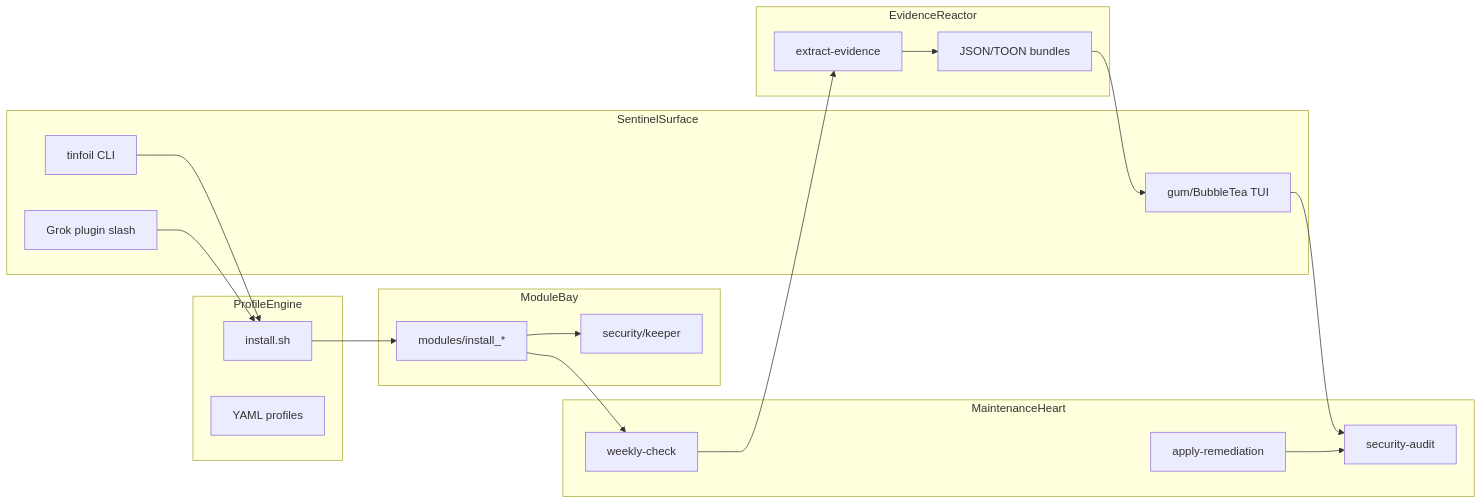
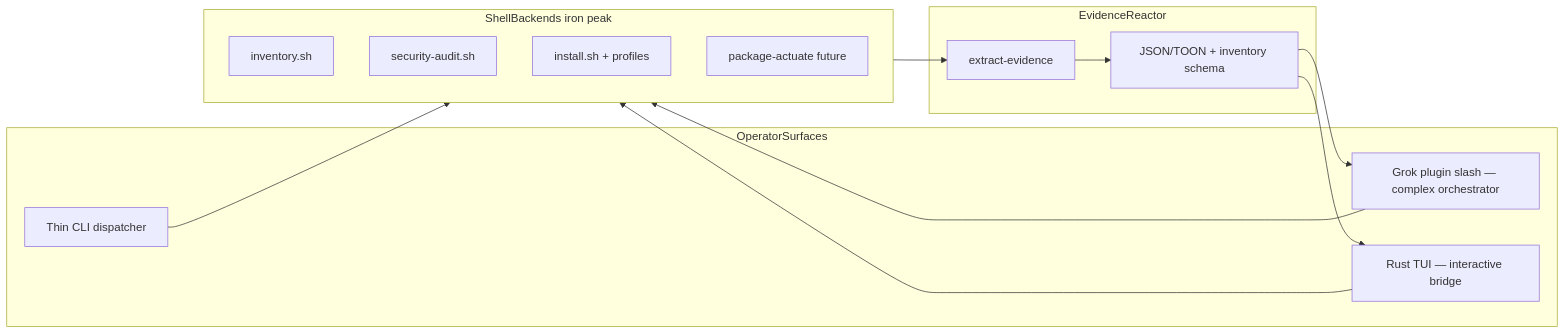
The first of 7 diagrams in arch-design/coming-next.md (p10ns11y/arch-machine), drawn with Mermaid before and after one commit. The commit also changed other lines of this file and 14 other files, not shown here.

First line of the commit message:
feat(tui): Ratatui control plane + inventory backend

````diff
--- a/arch-design/coming-next.md
+++ b/arch-design/coming-next.md
@@ -12,35 +12,25 @@
 ```mermaid
 flowchart LR
-  subgraph sentinel [SentinelSurface]
-    CLI[tinfoil CLI]
-    TUI[gum/BubbleTea TUI]
-    Grok[Grok plugin slash]
+  subgraph surfaces [OperatorSurfaces]
+    Grok[Grok plugin slash — complex orchestrator]
+    RustTUI[Rust TUI — interactive bridge]
+    ThinCLI[Thin CLI dispatcher]
   end
-  subgraph engine [ProfileEngine]
-    Install[install.sh]
-    Profiles[YAML profiles]
-  end
-  subgraph bays [ModuleBay]
-    Mods[modules/install_*]
-    Keeper[security/keeper]
-  end
-  subgraph heart [MaintenanceHeart]
-    Audit[security-audit]
-    Weekly[weekly-check]
-    Remediate[apply-remediation]
+  subgraph backends [ShellBackends iron peak]
+    Inv[inventory.sh]
+    Audit[security-audit.sh]
+    Install[install.sh + profiles]
+    Actuate[package-actuate future]
   end
   subgraph loop [EvidenceReactor]
     Extract[extract-evidence]
-    Bundles[JSON/TOON bundles]
+    Bundles[JSON/TOON + inventory schema]
   end
-  CLI --> Install
-  Grok --> Install
-  TUI --> Audit
-  Install --> Mods
-  Mods --> Keeper
-  Mods --> Weekly
-  Weekly --> Extract
+  Grok --> backends
+  RustTUI --> backends
+  ThinCLI --> backends
+  backends --> Extract
   Extract --> Bundles
-  Bundles --> TUI
-  Remediate --> Audit
+  Bundles --> Grok
+  Bundles --> RustTUI
 ```
````
